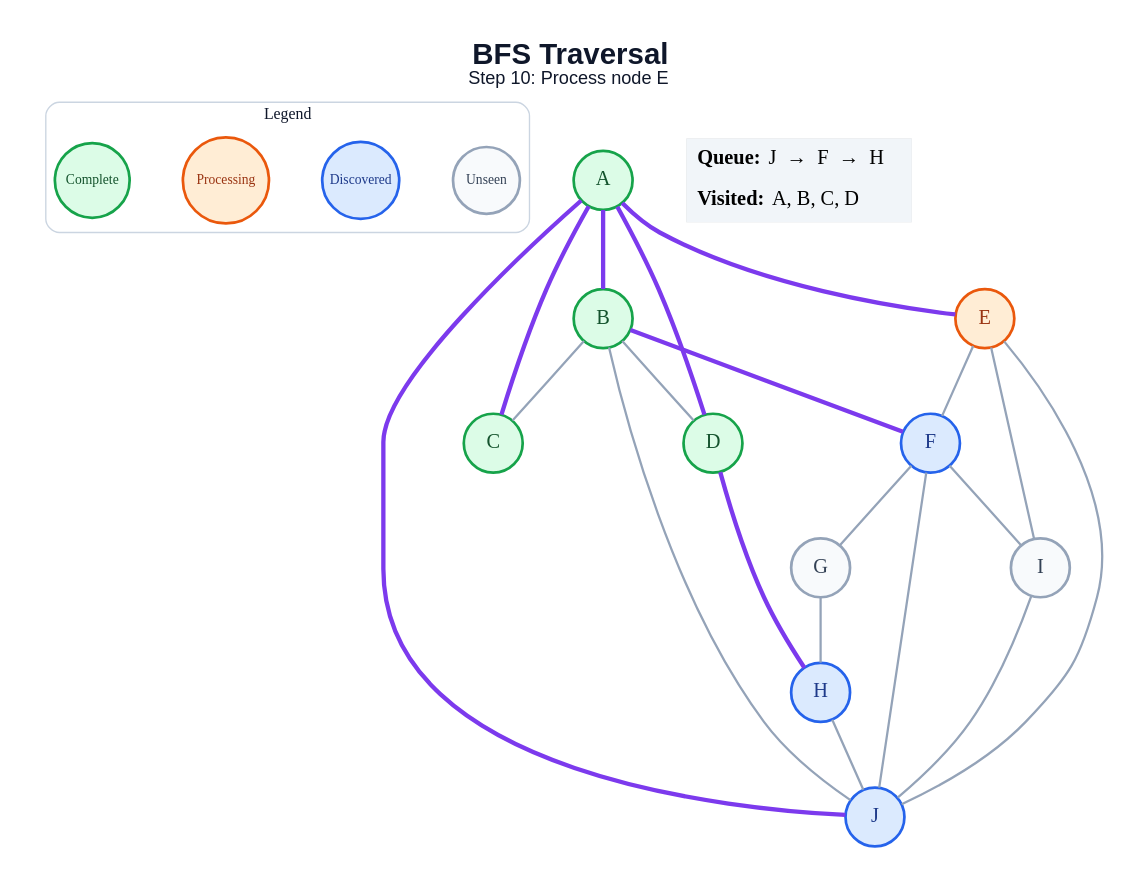
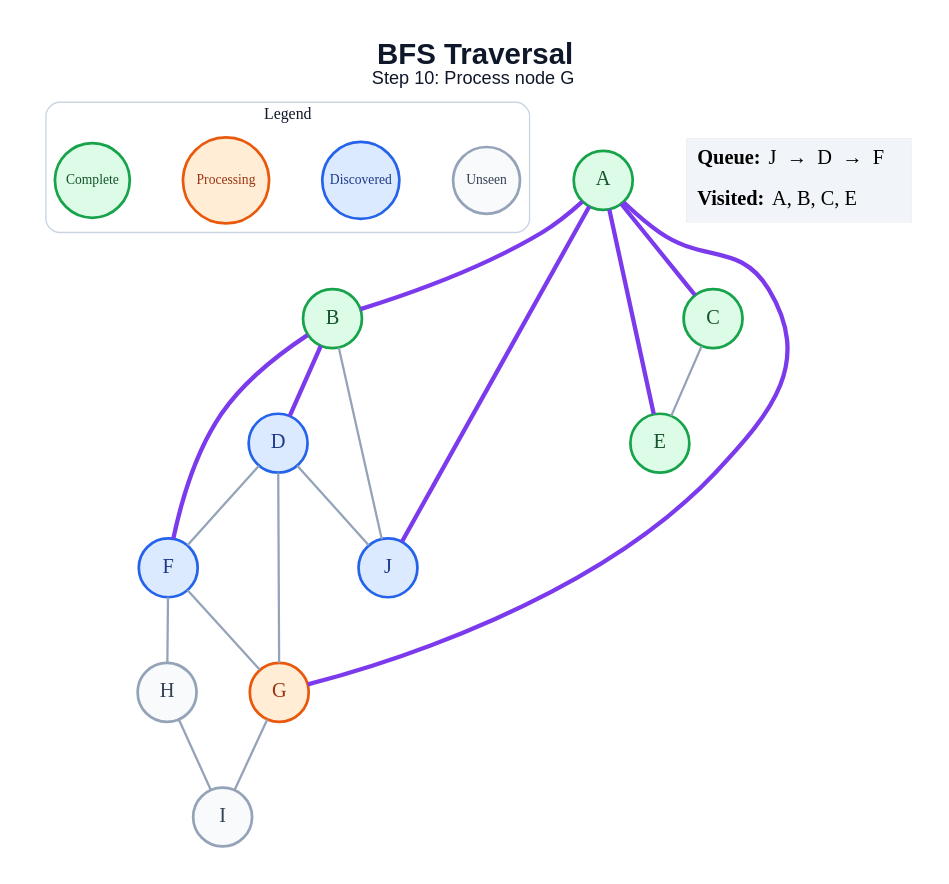
The diagram in generated/bfs/step_10.dot (anon7238593-create/ai-slop), drawn with Graphviz before and after one commit. The commit also changed 171 other files, not shown here.

```diff
--- a/generated/bfs/step_10.dot
+++ b/generated/bfs/step_10.dot
@@ -1,48 +1,45 @@
 graph traversal {
   graph [layout=dot, rankdir=TB, bgcolor="#FFFFFF", pad="0.35", nodesep="0.65", ranksep="0.8", fontname="Arial"];
   node [shape=circle, style="filled", fontname="Arial Bold", fontsize=18, width=0.72, fixedsize=true, penwidth=2.4];
   edge [color="#94A3B8", penwidth=2.0];
-  label=<<B>BFS Traversal</B><BR/><FONT POINT-SIZE="16">Step 10: Process node E</FONT>>; labelloc="t"; fontsize=26; fontname="Arial"; fontcolor="#0F172A";
+  label=<<B>BFS Traversal</B><BR/><FONT POINT-SIZE="16">Step 10: Process node G</FONT>>; labelloc="t"; fontsize=26; fontname="Arial"; fontcolor="#0F172A";
   subgraph cluster_legend { label="Legend"; color="#CBD5E1"; penwidth=1.2; style="rounded"; fontsize=14; fontname="Arial Bold";
     key_unseen [label="Unseen", fillcolor="#F8FAFC", color="#94A3B8", fontcolor="#334155", fontsize=12, width=0.82];
     key_frontier [label="Discovered", fillcolor="#DBEAFE", color="#2563EB", fontcolor="#1E3A8A", fontsize=12, width=0.95];
     key_current [label="Processing", fillcolor="#FFEDD5", color="#EA580C", fontcolor="#9A3412", fontsize=12, width=1.05];
     key_done [label="Complete", fillcolor="#DCFCE7", color="#16A34A", fontcolor="#14532D", fontsize=12, width=0.92];
     { rank=same; key_unseen; key_frontier; key_current; key_done; }
   }
   A [fillcolor="#DCFCE7", color="#16A34A", fontcolor="#14532D"];
   B [fillcolor="#DCFCE7", color="#16A34A", fontcolor="#14532D"];
   C [fillcolor="#DCFCE7", color="#16A34A", fontcolor="#14532D"];
-  D [fillcolor="#DCFCE7", color="#16A34A", fontcolor="#14532D"];
-  E [fillcolor="#FFEDD5", color="#EA580C", fontcolor="#9A3412"];
+  D [fillcolor="#DBEAFE", color="#2563EB", fontcolor="#1E3A8A"];
+  E [fillcolor="#DCFCE7", color="#16A34A", fontcolor="#14532D"];
   F [fillcolor="#DBEAFE", color="#2563EB", fontcolor="#1E3A8A"];
-  G [fillcolor="#F8FAFC", color="#94A3B8", fontcolor="#334155"];
-  H [fillcolor="#DBEAFE", color="#2563EB", fontcolor="#1E3A8A"];
+  G [fillcolor="#FFEDD5", color="#EA580C", fontcolor="#9A3412"];
+  H [fillcolor="#F8FAFC", color="#94A3B8", fontcolor="#334155"];
   I [fillcolor="#F8FAFC", color="#94A3B8", fontcolor="#334155"];
   J [fillcolor="#DBEAFE", color="#2563EB", fontcolor="#1E3A8A"];
   A -- B [color="#7C3AED", penwidth=3.8];
   A -- C [color="#7C3AED", penwidth=3.8];
-  A -- D [color="#7C3AED", penwidth=3.8];
   A -- E [color="#7C3AED", penwidth=3.8];
+  A -- G [color="#7C3AED", penwidth=3.8];
   A -- J [color="#7C3AED", penwidth=3.8];
-  B -- C;
-  B -- D;
+  B -- D [color="#7C3AED", penwidth=3.8];
   B -- F [color="#7C3AED", penwidth=3.8];
   B -- J;
-  D -- H [color="#7C3AED", penwidth=3.8];
-  E -- F;
-  E -- I;
-  E -- J;
+  C -- E;
+  D -- F;
+  D -- G;
+  D -- J;
   F -- G;
-  F -- I;
-  F -- J;
-  G -- H;
-  H -- J;
-  I -- J;
+  F -- H;
+  G -- I;
+  H -- I;
   status [shape=plain, fixedsize=false, width=0, height=0, margin=0, label=<
     <TABLE BORDER="0" CELLBORDER="0" CELLPADDING="7" BGCOLOR="#F1F5F9">
-      <TR><TD ALIGN="LEFT"><B>Queue:</B> J  →  F  →  H</TD></TR>
-      <TR><TD ALIGN="LEFT"><B>Visited:</B> A, B, C, D</TD></TR>
+      <TR><TD ALIGN="LEFT"><B>Queue:</B> J  →  D  →  F</TD></TR>
+      <TR><TD ALIGN="LEFT"><B>Visited:</B> A, B, C, E</TD></TR>
     </TABLE>
   >];
 }
```
